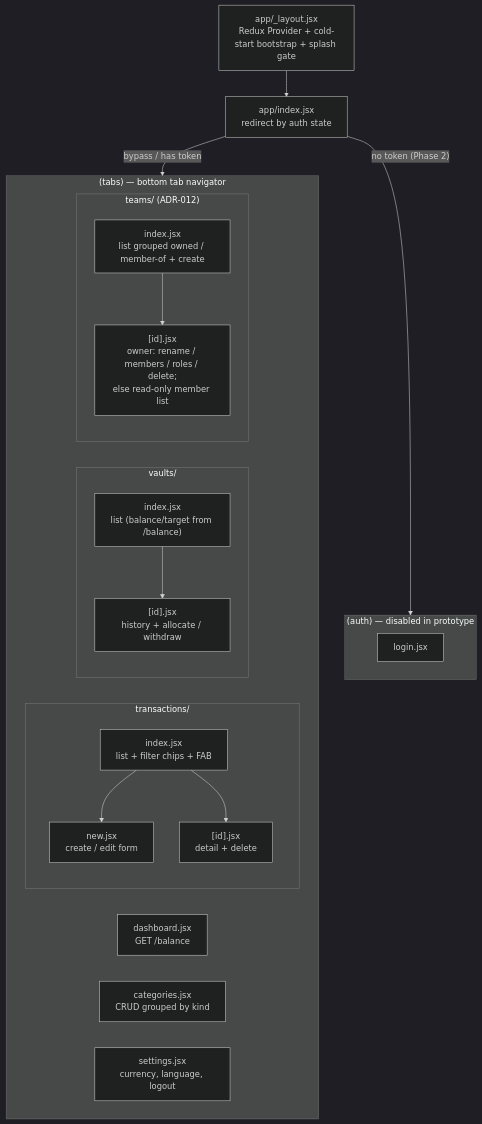
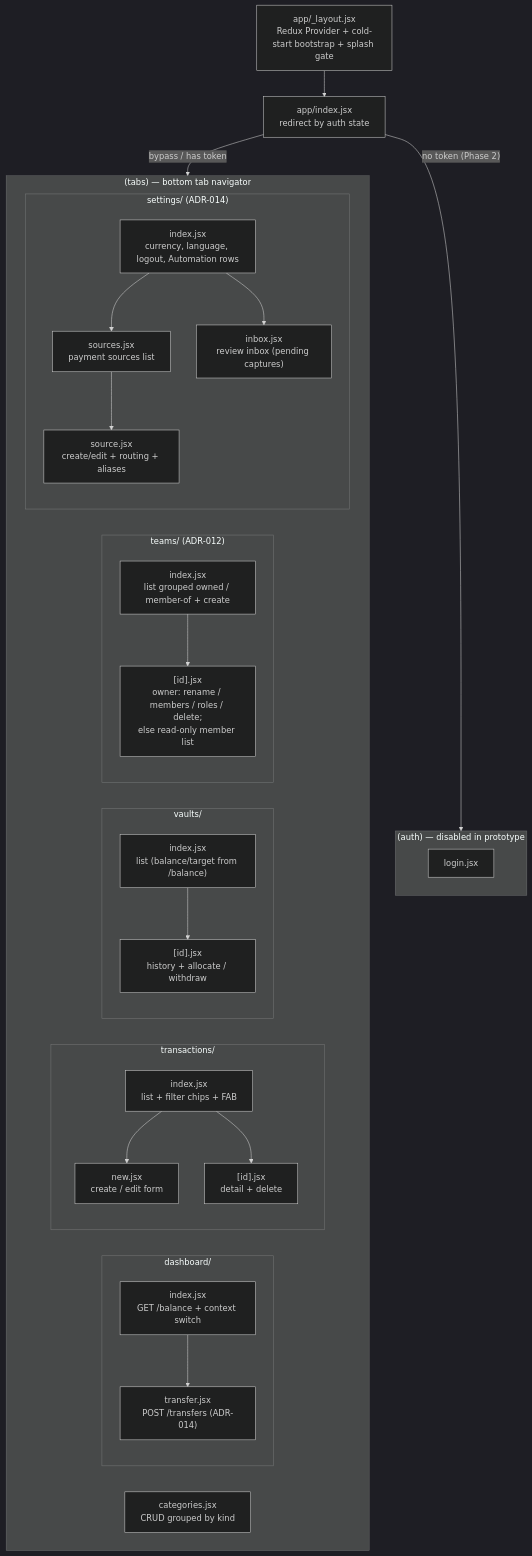
One commit to JayroGG/balance-manager changed the first of 3 diagrams in ARCHITECTURE.md. Above: the diagram before and after it, drawn with Mermaid (dark theme). The commit also changed other lines of this file and 5 other files, not shown here.

Commit message:
docs: ADR-014 auto-capture domain model + ARCHITECTURE/CLAUDE sync (plan 004 complete)

````diff
--- a/ARCHITECTURE.md
+++ b/ARCHITECTURE.md
@@ -9,36 +9,48 @@
 ```mermaid
 graph TD
   Root["app/_layout.jsx<br/>Redux Provider + cold-start bootstrap + splash gate"]
   Index["app/index.jsx<br/>redirect by auth state"]
   Root --> Index
   Index -->|"bypass / has token"| Tabs
   Index -->|"no token (Phase 2)"| Auth
 
   subgraph Auth["(auth) — disabled in prototype"]
     Login["login.jsx"]
   end
 
   subgraph Tabs["(tabs) — bottom tab navigator"]
-    Dash["dashboard.jsx<br/>GET /balance"]
+    subgraph Dashboard["dashboard/"]
+      Dash["index.jsx<br/>GET /balance + context switch"]
+      Transfer["transfer.jsx<br/>POST /transfers (ADR-014)"]
+    end
     subgraph Tx["transactions/"]
       TxList["index.jsx<br/>list + filter chips + FAB"]
       TxNew["new.jsx<br/>create / edit form"]
       TxDetail["[id].jsx<br/>detail + delete"]
     end
     subgraph Vaults["vaults/"]
       VList["index.jsx<br/>list (balance/target from /balance)"]
       VDetail["[id].jsx<br/>history + allocate / withdraw"]
     end
     Cats["categories.jsx<br/>CRUD grouped by kind"]
     subgraph Teams["teams/ (ADR-012)"]
       TList["index.jsx<br/>list grouped owned / member-of + create"]
       TManage["[id].jsx<br/>owner: rename / members / roles / delete;<br/>else read-only member list"]
     end
-    Settings["settings.jsx<br/>currency, language, logout"]
+    subgraph Sett["settings/ (ADR-014)"]
+      SIndex["index.jsx<br/>currency, language, logout, Automation rows"]
+      SSources["sources.jsx<br/>payment sources list"]
+      SSource["source.jsx<br/>create/edit + routing + aliases"]
+      SInbox["inbox.jsx<br/>review inbox (pending captures)"]
+    end
   end
 
+  Dash --> Transfer
   TxList --> TxNew
   TxList --> TxDetail
   VList --> VDetail
   TList --> TManage
+  SIndex --> SSources
+  SSources --> SSource
+  SIndex --> SInbox
 ```
````
